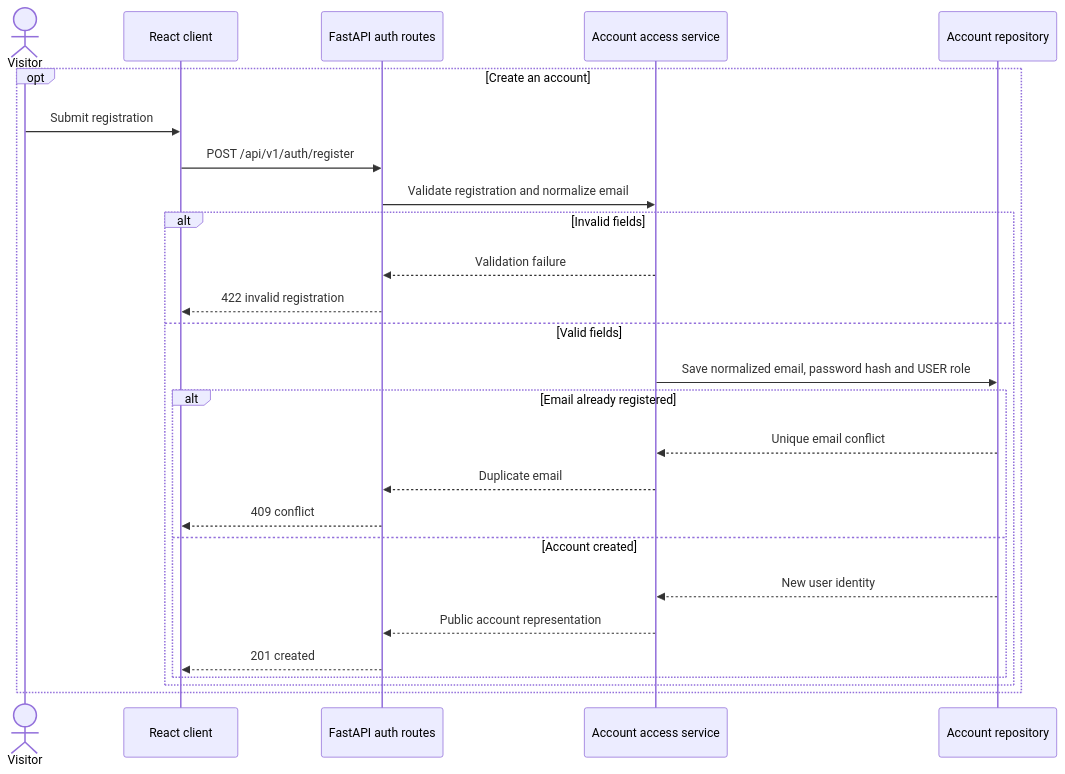
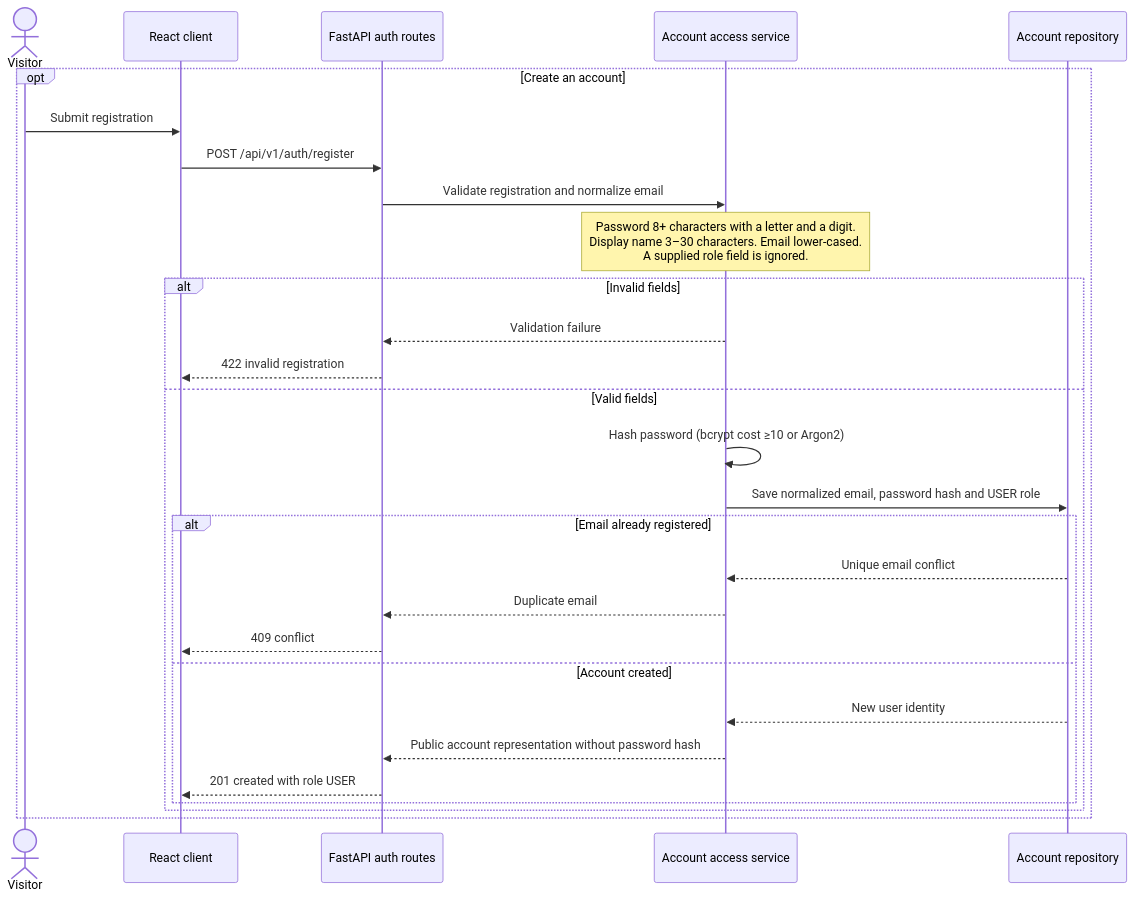
The first of 4 diagrams in docs/design/sequence/sign-in.md (akcedia/SmartLoo), drawn with Mermaid before and after one commit. The commit also changed other lines of this file and 4 other files, not shown here.

First line of the commit message:
docs(design): complete FR-08 sign-in flows and review ownership 403 (#38)

````diff
--- a/docs/design/sequence/sign-in.md
+++ b/docs/design/sequence/sign-in.md
@@ -5,29 +5,31 @@
 ```mermaid
 sequenceDiagram
     actor Visitor
     participant UI as React client
     participant API as FastAPI auth routes
     participant Auth as Account access service
     participant Accounts as Account repository
 
     opt Create an account
         Visitor->>UI: Submit registration
         UI->>API: POST /api/v1/auth/register
         API->>Auth: Validate registration and normalize email
+        Note over Auth: Password 8+ characters with a letter and a digit.<br/>Display name 3–30 characters. Email lower-cased.<br/>A supplied role field is ignored.
         alt Invalid fields
             Auth-->>API: Validation failure
             API-->>UI: 422 invalid registration
         else Valid fields
+            Auth->>Auth: Hash password (bcrypt cost ≥10 or Argon2)
             Auth->>Accounts: Save normalized email, password hash and USER role
             alt Email already registered
                 Accounts-->>Auth: Unique email conflict
                 Auth-->>API: Duplicate email
                 API-->>UI: 409 conflict
             else Account created
                 Accounts-->>Auth: New user identity
-                Auth-->>API: Public account representation
-                API-->>UI: 201 created
+                Auth-->>API: Public account representation without password hash
+                API-->>UI: 201 created with role USER
             end
         end
     end
 ```
````
